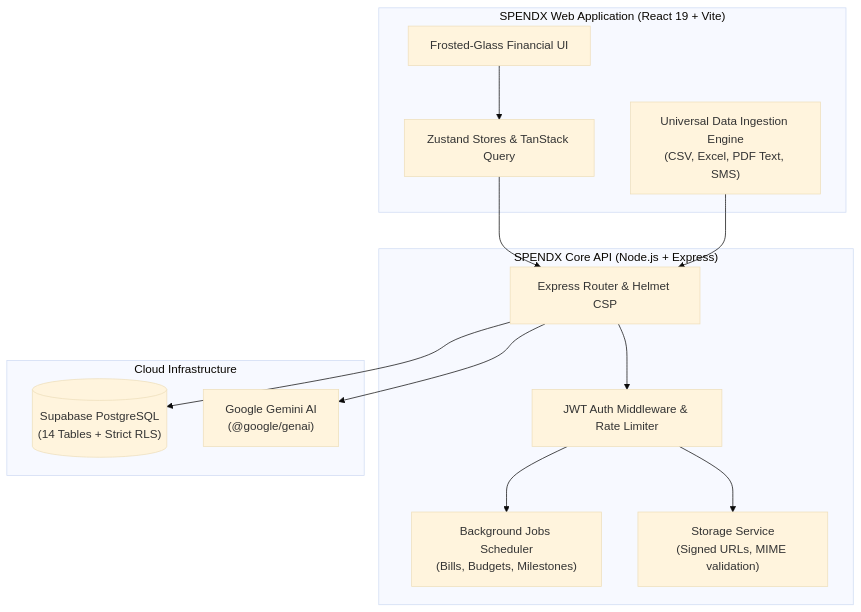
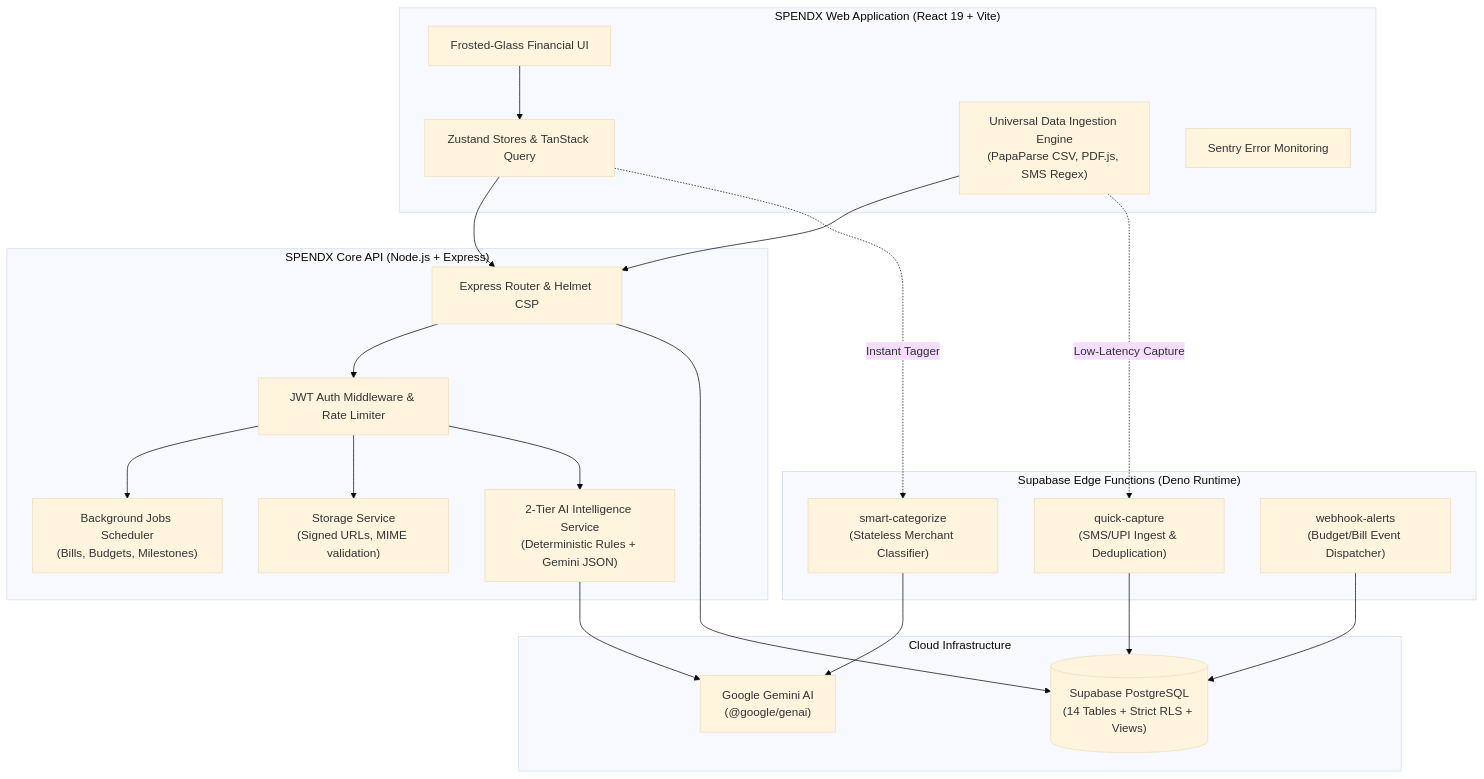
One commit to void-dev01/SpendX changed the diagram in README.md. Above: the diagram before and after it, drawn with Mermaid (base theme). The commit also changed other lines of this file and 9 other files, not shown here.

Commit message:
feat(hybrid): add Supabase Edge Functions, align hybrid migrations, and update documentation

````diff
--- a/README.md
+++ b/README.md
@@ -63,29 +71,43 @@
 ```mermaid
 flowchart TD
     subgraph Client ["SPENDX Web Application (React 19 + Vite)"]
         UI["Frosted-Glass Financial UI"]
         State["Zustand Stores & TanStack Query"]
-        Import["Universal Data Ingestion Engine<br/>(CSV, Excel, PDF Text, SMS)"]
+        Import["Universal Data Ingestion Engine<br/>(PapaParse CSV, PDF.js, SMS Regex)"]
+        SentryWeb["Sentry Error Monitoring"]
+    end
+
+    subgraph Edge ["Supabase Edge Functions (Deno Runtime)"]
+        QC["quick-capture<br/>(SMS/UPI Ingest & Deduplication)"]
+        SC["smart-categorize<br/>(Stateless Merchant Classifier)"]
+        WA["webhook-alerts<br/>(Budget/Bill Event Dispatcher)"]
     end
 
     subgraph Backend ["SPENDX Core API (Node.js + Express)"]
         Gateway["Express Router & Helmet CSP"]
         Auth["JWT Auth Middleware & Rate Limiter"]
         Scheduler["Background Jobs Scheduler<br/>(Bills, Budgets, Milestones)"]
         Storage["Storage Service<br/>(Signed URLs, MIME validation)"]
+        Intelligence["2-Tier AI Intelligence Service<br/>(Deterministic Rules + Gemini JSON)"]
     end
 
     subgraph Infrastructure ["Cloud Infrastructure"]
-        Supabase[("Supabase PostgreSQL<br/>(14 Tables + Strict RLS)")]
+        Supabase[("Supabase PostgreSQL<br/>(14 Tables + Strict RLS + Views)")]
         Gemini["Google Gemini AI<br/>(@google/genai)"]
     end
 
     UI --> State
     State --> Gateway
     Import --> Gateway
+    Import -.->|Low-Latency Capture| QC
+    State -.->|Instant Tagger| SC
+    QC --> Supabase
+    SC --> Gemini
+    WA --> Supabase
     Gateway --> Auth
     Auth --> Scheduler
     Auth --> Storage
+    Auth --> Intelligence
     Gateway --> Supabase
-    Gateway --> Gemini
+    Intelligence --> Gemini
 ```
````
